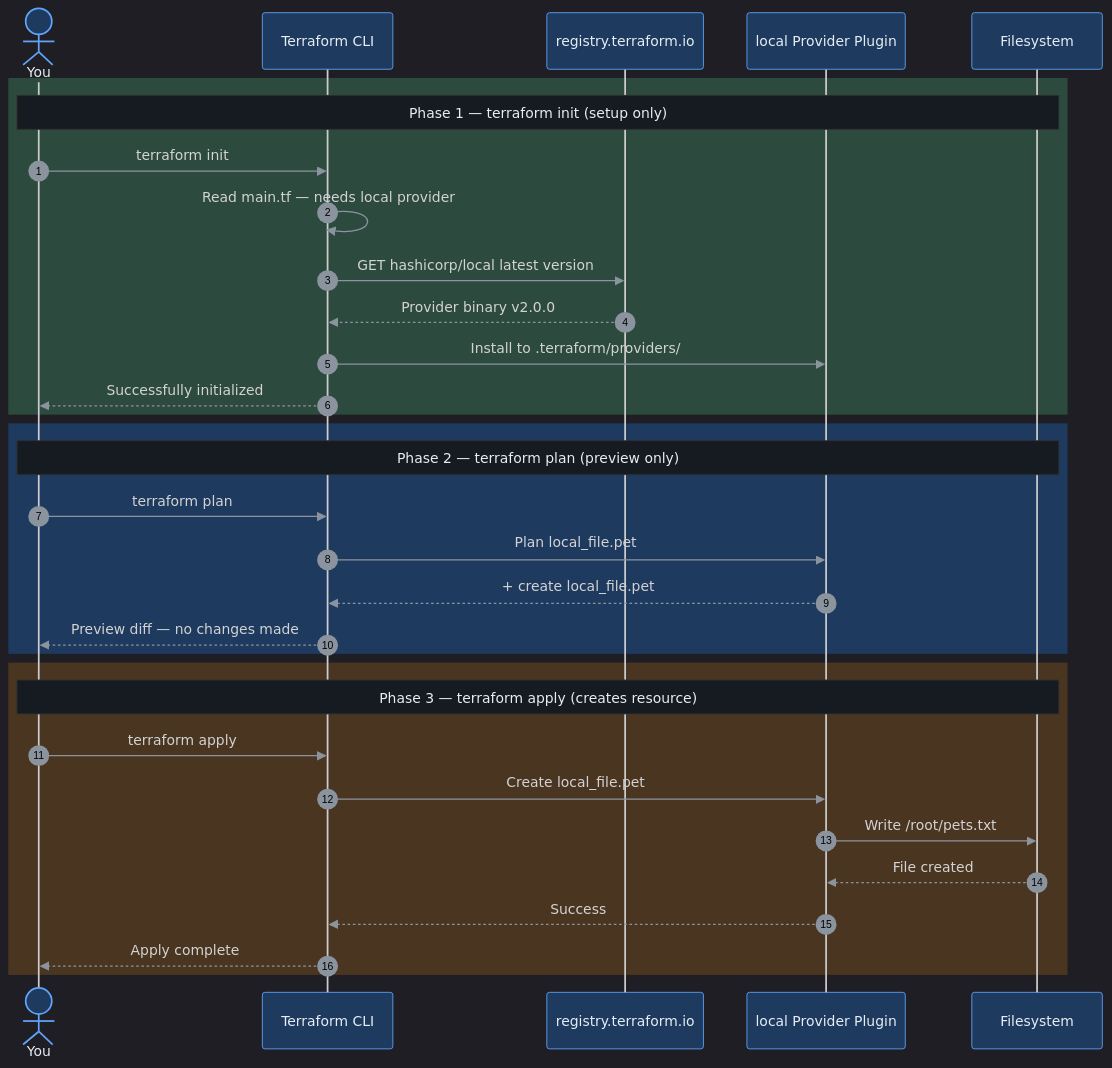
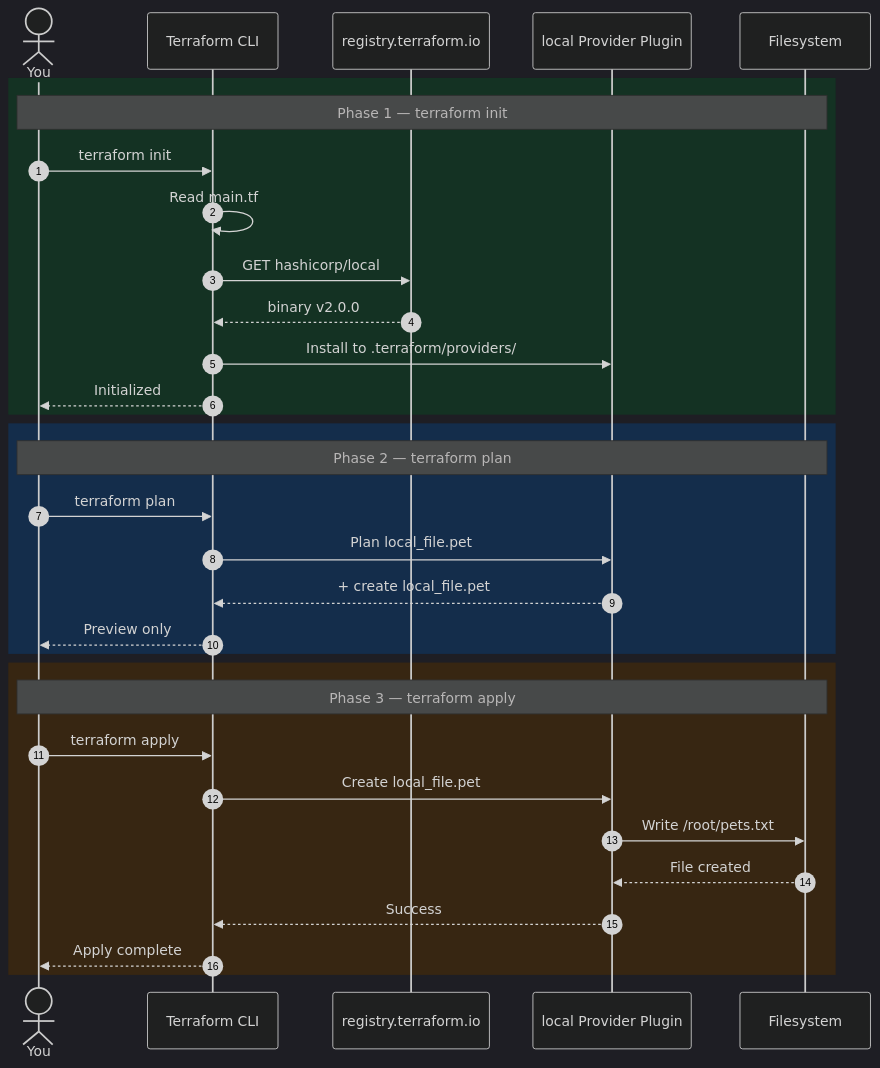
The eighth of 9 diagrams in 04_Core_Terraform_Basics/01_Terraform_Provider.md (nirajp82/Terraform_Basics), drawn with Mermaid before and after one commit. The commit also changed other lines of this file and 1 other file, not shown here.

Commit message:
Update Diagram

````diff
--- a/04_Core_Terraform_Basics/01_Terraform_Provider.md
+++ b/04_Core_Terraform_Basics/01_Terraform_Provider.md
@@ -293,38 +290,38 @@
 ```mermaid
-%%{init: {'theme': 'dark', 'themeVariables': {'actorBkg': '#1e3a5f', 'actorTextColor': '#e6edf3', 'actorBorder': '#60a5fa', 'signalColor': '#8b949e', 'noteBkgColor': '#161b22', 'noteTextColor': '#e6edf3'}}}%%
+%%{init: {'theme': 'dark'}}%%
 sequenceDiagram
     autonumber
     actor You
     participant TF as Terraform CLI
     participant Reg as registry.terraform.io
     participant Plg as local Provider Plugin
     participant FS as Filesystem
 
-    rect rgb(45, 74, 62)
-    Note over You,FS: Phase 1 — terraform init (setup only)
+    rect rgb(20, 50, 35)
+    Note over You,FS: Phase 1 — terraform init
     You->>TF: terraform init
-    TF->>TF: Read main.tf — needs local provider
-    TF->>Reg: GET hashicorp/local latest version
-    Reg-->>TF: Provider binary v2.0.0
+    TF->>TF: Read main.tf
+    TF->>Reg: GET hashicorp/local
+    Reg-->>TF: binary v2.0.0
     TF->>Plg: Install to .terraform/providers/
-    TF-->>You: Successfully initialized
+    TF-->>You: Initialized
     end
 
-    rect rgb(30, 58, 95)
-    Note over You,FS: Phase 2 — terraform plan (preview only)
+    rect rgb(20, 45, 75)
+    Note over You,FS: Phase 2 — terraform plan
     You->>TF: terraform plan
     TF->>Plg: Plan local_file.pet
     Plg-->>TF: + create local_file.pet
-    TF-->>You: Preview diff — no changes made
+    TF-->>You: Preview only
     end
 
-    rect rgb(74, 53, 32)
-    Note over You,FS: Phase 3 — terraform apply (creates resource)
+    rect rgb(55, 38, 18)
+    Note over You,FS: Phase 3 — terraform apply
     You->>TF: terraform apply
     TF->>Plg: Create local_file.pet
     Plg->>FS: Write /root/pets.txt
     FS-->>Plg: File created
     Plg-->>TF: Success
     TF-->>You: Apply complete
     end
 ```
````
